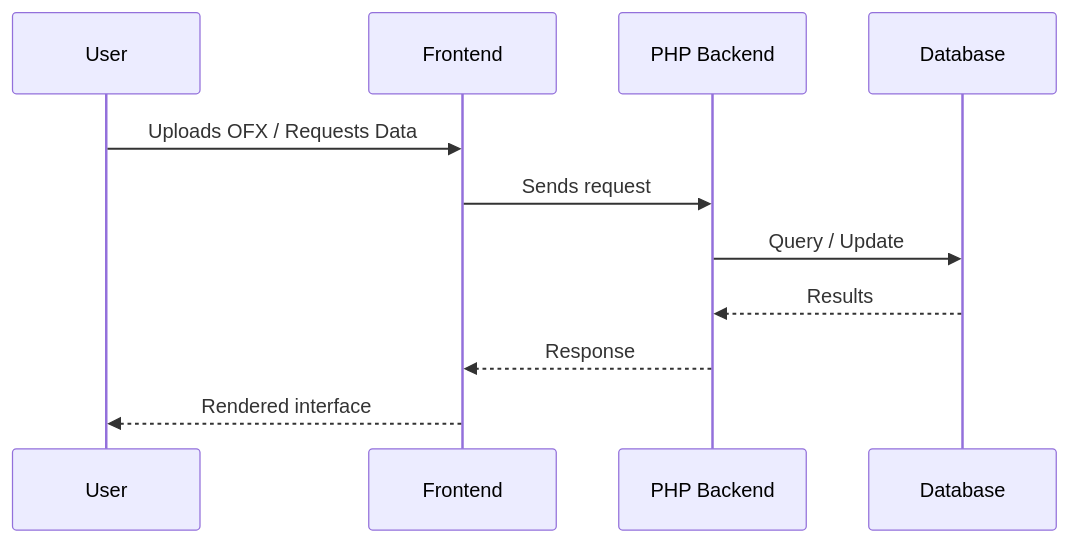
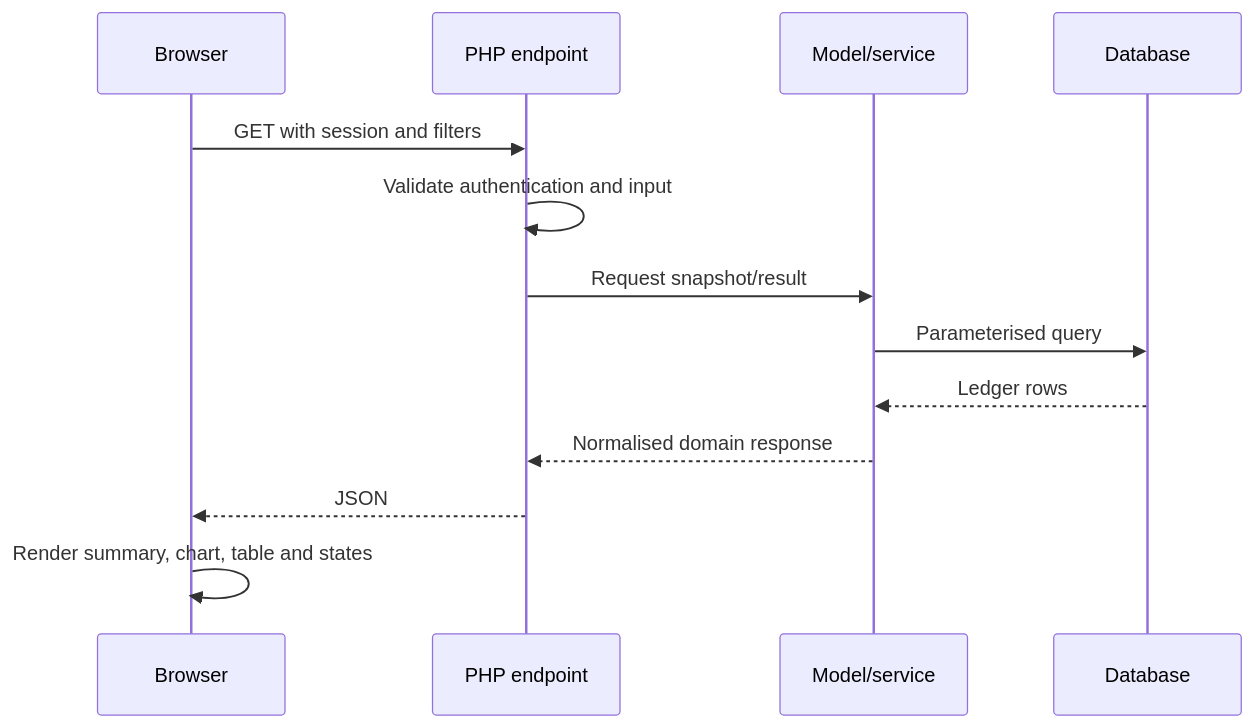
Before and after one commit to smeird/Accounts: the second of 3 diagrams in wiki/Architecture.md, drawn with Mermaid. The commit also changed other lines of this file and 6 other files, not shown here.

````diff
--- a/wiki/Architecture.md
+++ b/wiki/Architecture.md
@@ -15,14 +35,16 @@
 ```mermaid
 sequenceDiagram
-    participant U as User
-    participant F as Frontend
-    participant P as PHP Backend
+    participant B as Browser
+    participant E as PHP endpoint
+    participant M as Model/service
     participant D as Database
 
-    U->>F: Uploads OFX / Requests Data
-    F->>P: Sends request
-    P->>D: Query / Update
-    D-->>P: Results
-    P-->>F: Response
-    F-->>U: Rendered interface
+    B->>E: GET with session and filters
+    E->>E: Validate authentication and input
+    E->>M: Request snapshot/result
+    M->>D: Parameterised query
+    D-->>M: Ledger rows
+    M-->>E: Normalised domain response
+    E-->>B: JSON
+    B->>B: Render summary, chart, table and states
 ```
````
